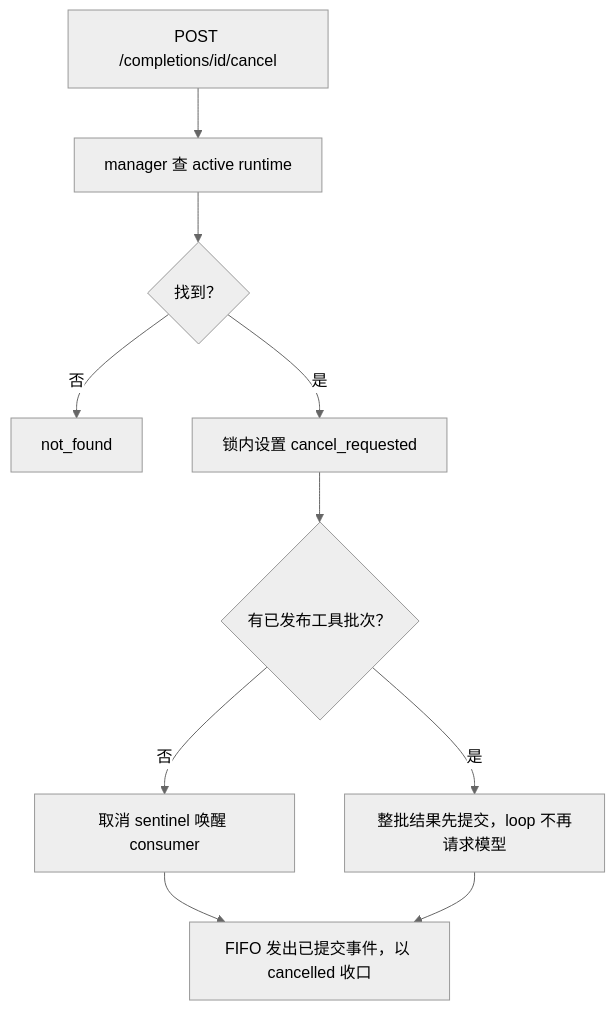
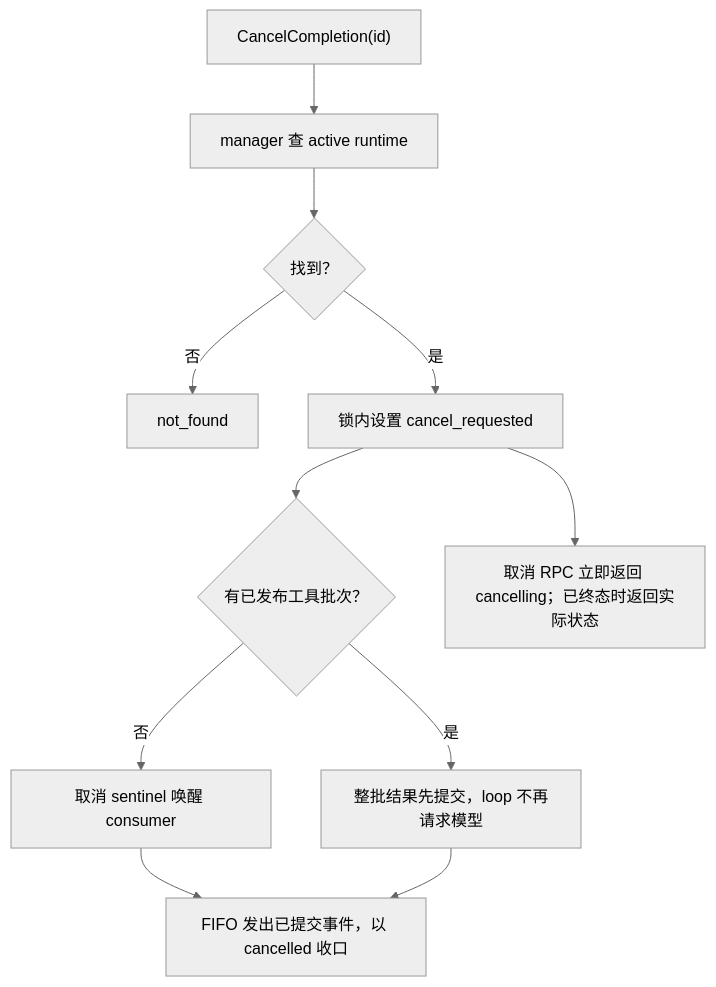
Before and after one commit to ADChahaha/TraceAgent: the second of 2 diagrams in agent/service/file_extraction_agent/docs/flowchart.md, drawn with Mermaid (neutral theme). The commit also changed other lines of this file and 44 other files, not shown here.

````diff
--- a/agent/service/file_extraction_agent/docs/flowchart.md
+++ b/agent/service/file_extraction_agent/docs/flowchart.md
@@ -22,12 +22,13 @@
 ```mermaid
 flowchart TD
-    A["POST /completions/id/cancel"] --> B["manager 查 active runtime"]
+    A["CancelCompletion(id)"] --> B["manager 查 active runtime"]
     B --> C{"找到？"}
     C -- 否 --> D["not_found"]
     C -- 是 --> E["锁内设置 cancel_requested"]
     E --> F{"有已发布工具批次？"}
+    E --> R["取消 RPC 立即返回 cancelling；已终态时返回实际状态"]
     F -- 否 --> G["取消 sentinel 唤醒 consumer"]
     F -- 是 --> H["整批结果先提交，loop 不再请求模型"]
     G --> I["FIFO 发出已提交事件，以 cancelled 收口"]
     H --> I
 ```
````
